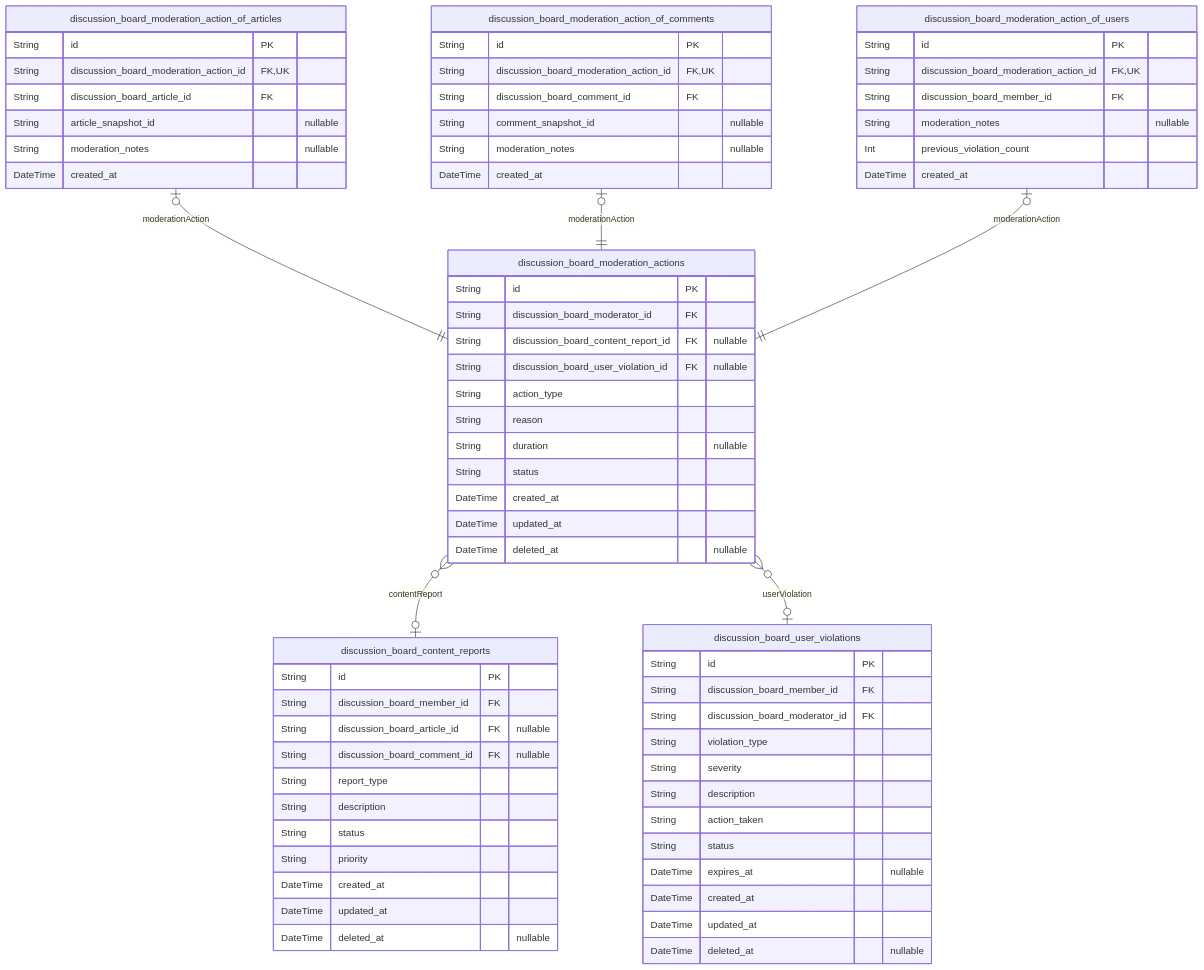
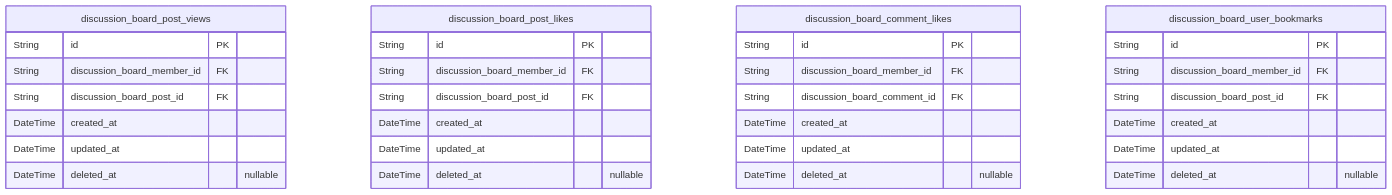
The seventh of 8 diagrams in deepseek/deepseek-v3.1-terminus-exacto/bbs/docs/ERD.md (wrtnlabs/autobe-examples), drawn with Mermaid before and after one commit. The commit also changed other lines of this file and 3569 other files, not shown here.

````diff
--- a/deepseek/deepseek-v3.1-terminus-exacto/bbs/docs/ERD.md
+++ b/deepseek/deepseek-v3.1-terminus-exacto/bbs/docs/ERD.md
@@ -981,72 +865,35 @@
 ```mermaid
 erDiagram
-"discussion_board_content_reports" {
+"discussion_board_post_views" {
   String id PK
   String discussion_board_member_id FK
-  String discussion_board_article_id FK "nullable"
-  String discussion_board_comment_id FK "nullable"
-  String report_type
-  String description
-  String status
-  String priority
+  String discussion_board_post_id FK
   DateTime created_at
   DateTime updated_at
   DateTime deleted_at "nullable"
 }
-"discussion_board_moderation_actions" {
+"discussion_board_post_likes" {
   String id PK
-  String discussion_board_moderator_id FK
-  String discussion_board_content_report_id FK "nullable"
-  String discussion_board_user_violation_id FK "nullable"
-  String action_type
-  String reason
-  String duration "nullable"
-  String status
+  String discussion_board_member_id FK
+  String discussion_board_post_id FK
   DateTime created_at
   DateTime updated_at
   DateTime deleted_at "nullable"
 }
-"discussion_board_user_violations" {
+"discussion_board_comment_likes" {
   String id PK
   String discussion_board_member_id FK
-  String discussion_board_moderator_id FK
-  String violation_type
-  String severity
-  String description
-  String action_taken
-  String status
-  DateTime expires_at "nullable"
+  String discussion_board_comment_id FK
   DateTime created_at
   DateTime updated_at
   DateTime deleted_at "nullable"
 }
-"discussion_board_moderation_action_of_articles" {
+"discussion_board_user_bookmarks" {
   String id PK
-  String discussion_board_moderation_action_id FK,UK
-  String discussion_board_article_id FK
-  String article_snapshot_id "nullable"
-  String moderation_notes "nullable"
+  String discussion_board_member_id FK
+  String discussion_board_post_id FK
   DateTime created_at
+  DateTime updated_at
+  DateTime deleted_at "nullable"
 }
-"discussion_board_moderation_action_of_comments" {
-  String id PK
-  String discussion_board_moderation_action_id FK,UK
-  String discussion_board_comment_id FK
-  String comment_snapshot_id "nullable"
-  String moderation_notes "nullable"
-  DateTime created_at
-}
-"discussion_board_moderation_action_of_users" {
-  String id PK
-  String discussion_board_moderation_action_id FK,UK
-  String discussion_board_member_id FK
-  String moderation_notes "nullable"
-  Int previous_violation_count
-  DateTime created_at
-}
-"discussion_board_moderation_actions" }o--o| "discussion_board_content_reports" : contentReport
-"discussion_board_moderation_actions" }o--o| "discussion_board_user_violations" : userViolation
-"discussion_board_moderation_action_of_articles" |o--|| "discussion_board_moderation_actions" : moderationAction
-"discussion_board_moderation_action_of_comments" |o--|| "discussion_board_moderation_actions" : moderationAction
-"discussion_board_moderation_action_of_users" |o--|| "discussion_board_moderation_actions" : moderationAction
 ```
````
